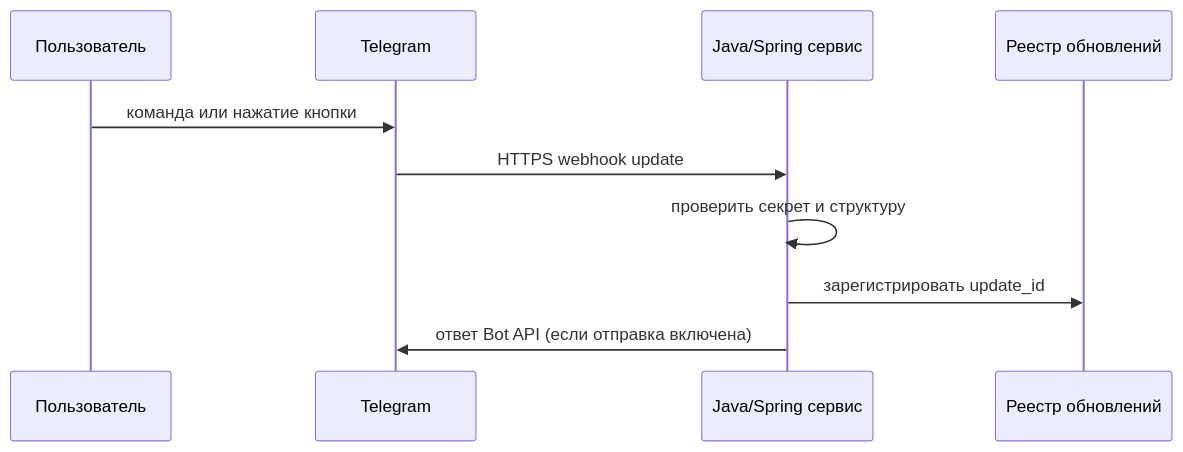
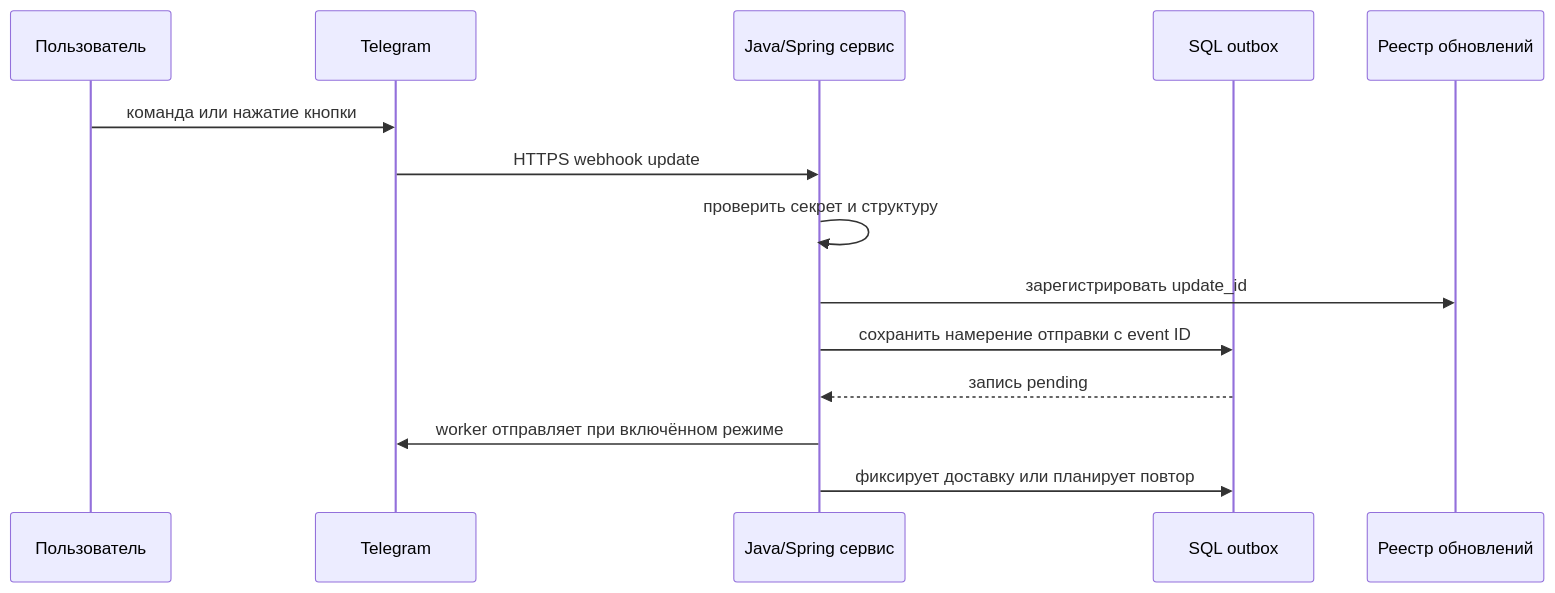
The diagram in ru/learning/02-bot-service.md (ontonyy/telegram-integrations), drawn with Mermaid before and after one commit. The commit also changed other lines of this file and 37 other files, not shown here.

First line of the commit message:
feat: add durable Telegram notification outbox [skip ci]

````diff
--- a/ru/learning/02-bot-service.md
+++ b/ru/learning/02-bot-service.md
@@ -9,12 +9,16 @@
 ```mermaid
 sequenceDiagram
   participant User as Пользователь
   participant Telegram
   participant App as Java/Spring сервис
+  participant DB as SQL outbox
   participant Store as Реестр обновлений
   User->>Telegram: команда или нажатие кнопки
   Telegram->>App: HTTPS webhook update
   App->>App: проверить секрет и структуру
   App->>Store: зарегистрировать update_id
-  App->>Telegram: ответ Bot API (если отправка включена)
+  App->>DB: сохранить намерение отправки с event ID
+  DB-->>App: запись pending
+  App->>Telegram: worker отправляет при включённом режиме
+  App->>DB: фиксирует доставку или планирует повтор
 ```
````
